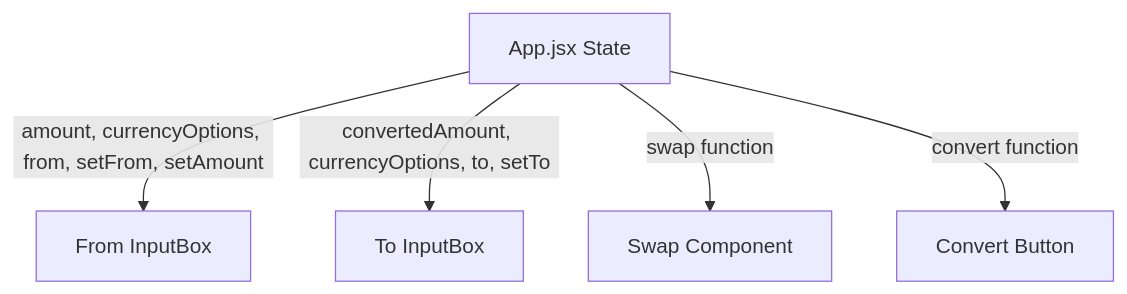
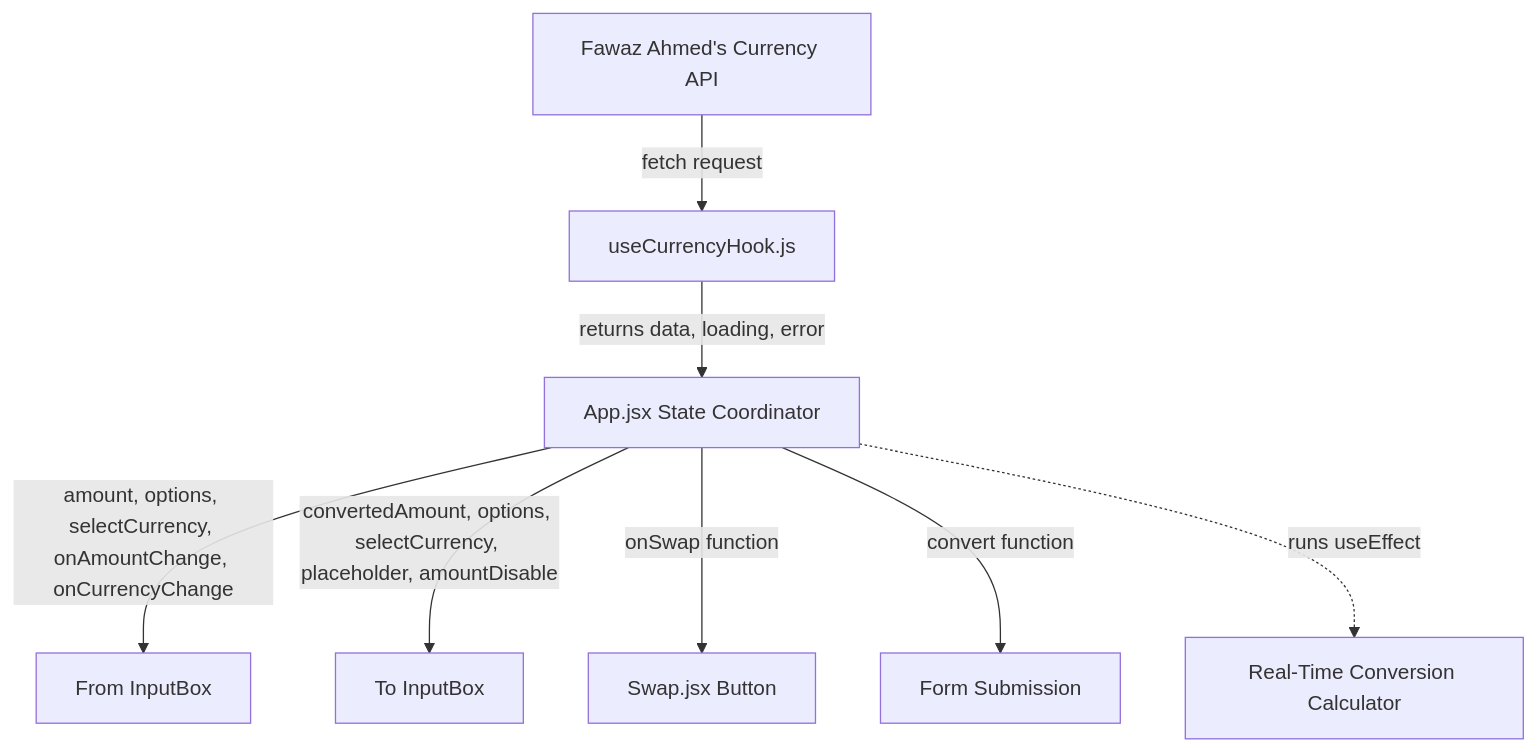
Before and after one commit to zeroTwoishan/CurrencyConverter: the diagram in layout_reference.md, drawn with Mermaid. The commit also changed other lines of this file and 4 other files, not shown here.

Commit message:
feat: implement loading state, error alert UI, and document all changes in README and layout reference

````diff
--- a/layout_reference.md
+++ b/layout_reference.md
@@ -9,7 +9,12 @@
 ```mermaid
 graph TD
-    App[App.jsx State] -->|amount, currencyOptions, from, setFrom, setAmount| FromInput[From InputBox]
-    App -->|convertedAmount, currencyOptions, to, setTo| ToInput[To InputBox]
-    App -->|swap function| SwapBtn[Swap Component]
-    App -->|convert function| ConvertBtn[Convert Button]
+    API[Fawaz Ahmed's Currency API] -->|fetch request| Hook[useCurrencyHook.js]
+    Hook -->|returns data, loading, error| App[App.jsx State Coordinator]
+    
+    App -->|amount, options, selectCurrency, onAmountChange, onCurrencyChange| FromCard[From InputBox]
+    App -->|convertedAmount, options, selectCurrency, placeholder, amountDisable| ToCard[To InputBox]
+    App -->|onSwap function| SwapBtn[Swap.jsx Button]
+    App -->|convert function| Form[Form Submission]
+    
+    App -.->|runs useEffect| Calculate[Real-Time Conversion Calculator]
 ```
````
